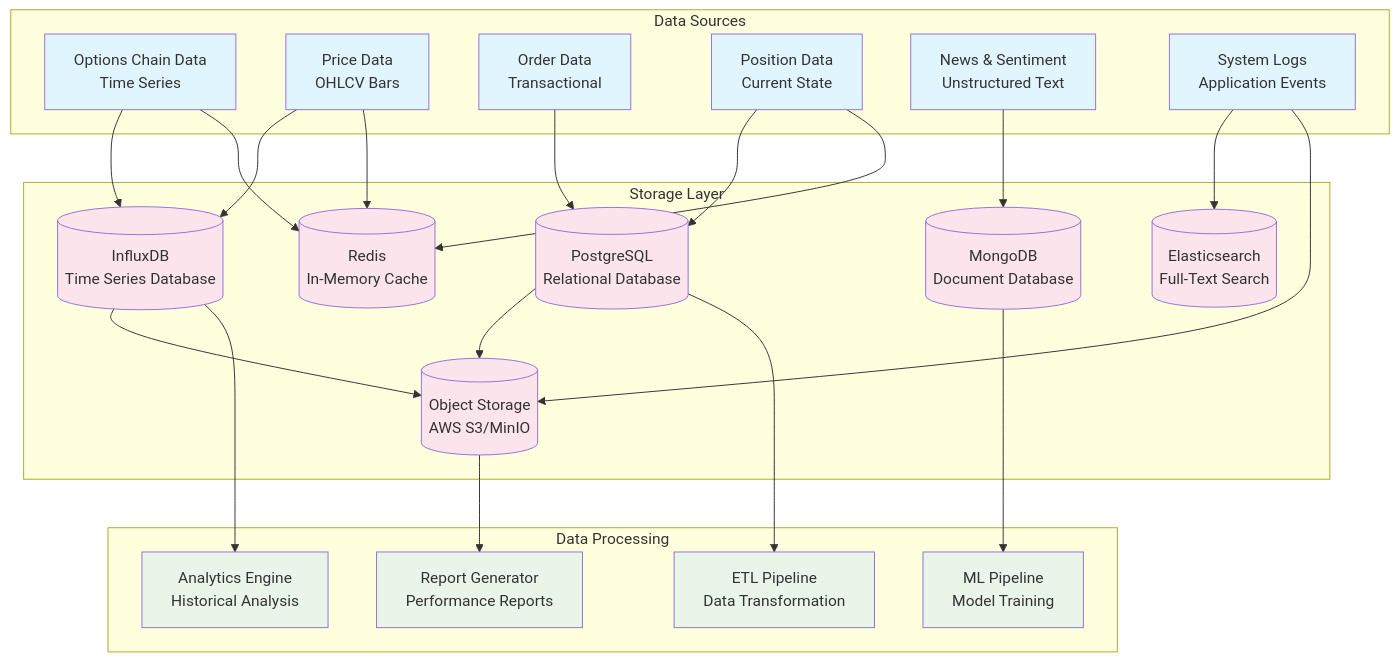
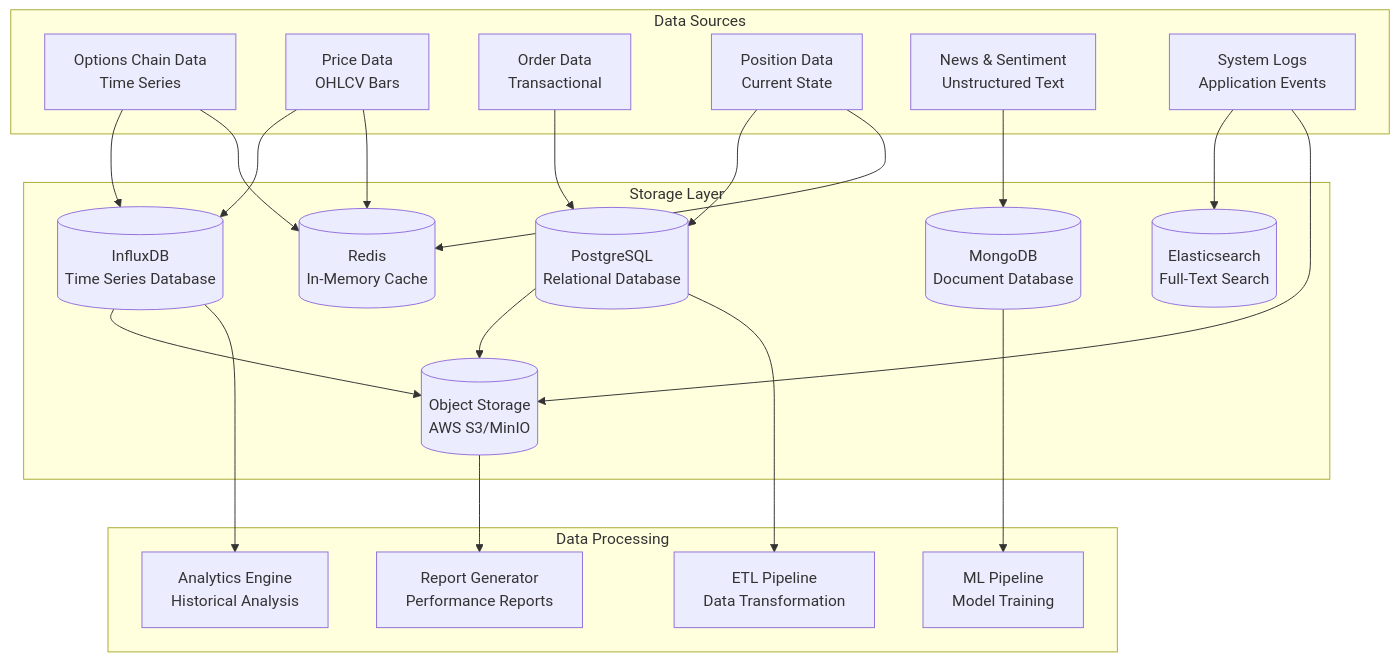
Before and after one commit to petewilburn/Python-Programs-for-Fun-and-Education: the fourth of 7 diagrams in src/Python_Programs/IBKR_Trading_System_Architecture.md, drawn with Mermaid. The commit also changed other lines of this file and 3 other files, not shown here.

Commit message:
Remove all Mermaid styling for better dark mode compatibility

````diff
--- a/src/Python_Programs/IBKR_Trading_System_Architecture.md
+++ b/src/Python_Programs/IBKR_Trading_System_Architecture.md
@@ -301,59 +278,52 @@
 ```mermaid
 graph TB
     subgraph "Data Sources"
         OptionsData[Options Chain Data<br/>Time Series]
         Prices[Price Data<br/>OHLCV Bars]
         Orders[Order Data<br/>Transactional]
         Positions[Position Data<br/>Current State]
         News[News & Sentiment<br/>Unstructured Text]
         Logs[System Logs<br/>Application Events]
     end
     
     subgraph "Storage Layer"
         TimeSeriesDB[(InfluxDB<br/>Time Series Database)]
         PostgreSQL[(PostgreSQL<br/>Relational Database)]
         MongoDB[(MongoDB<br/>Document Database)]
         Redis[(Redis<br/>In-Memory Cache)]
         S3[(Object Storage<br/>AWS S3/MinIO)]
         Elasticsearch[(Elasticsearch<br/>Full-Text Search)]
     end
     
     subgraph "Data Processing"
         ETL[ETL Pipeline<br/>Data Transformation]
         Analytics[Analytics Engine<br/>Historical Analysis]
         ML[ML Pipeline<br/>Model Training]
         Reporting[Report Generator<br/>Performance Reports]
     end
+
     
     %% Data flow to storage
     OptionsData --> TimeSeriesDB
     Prices --> TimeSeriesDB
     Orders --> PostgreSQL
     Positions --> PostgreSQL
     News --> MongoDB
     Logs --> Elasticsearch
     
     %% Hot data in cache
     OptionsData --> Redis
     Prices --> Redis
     Positions --> Redis
     
     %% Cold storage
     TimeSeriesDB --> S3
     PostgreSQL --> S3
     Logs --> S3
     
     %% Processing pipelines
     TimeSeriesDB --> Analytics
     PostgreSQL --> ETL
     MongoDB --> ML
     S3 --> Reporting
-    
-    classDef source fill:#e1f5fe
-    classDef storage fill:#fce4ec
-    classDef processing fill:#e8f5e8
-    
-    class OptionsData,Prices,Orders,Positions,News,Logs source
-    class TimeSeriesDB,PostgreSQL,MongoDB,Redis,S3,Elasticsearch storage
-    class ETL,Analytics,ML,Reporting processing
 ```
````
